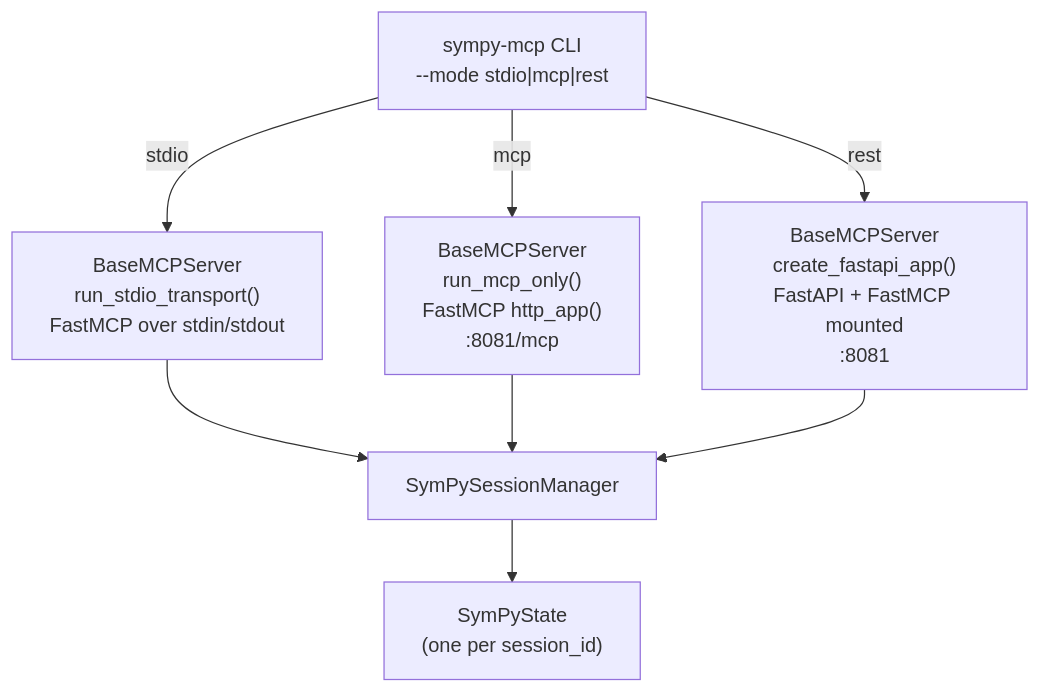
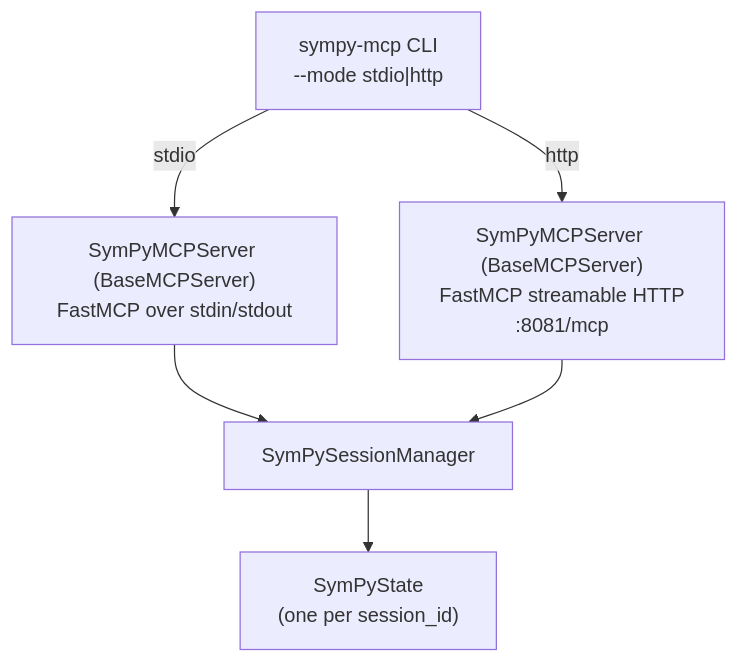
The first of 6 diagrams in docs/architecture.md (geosp/sympy-mcp), drawn with Mermaid before and after one commit. The commit also changed other lines of this file and 40 other files, not shown here.

First line of the commit message:
Migrate to mcp-service-kit and drop the REST API

````diff
--- a/docs/architecture.md
+++ b/docs/architecture.md
@@ -13,14 +13,12 @@
 ```mermaid
 flowchart TD
-    CLI["sympy-mcp CLI\n--mode stdio|mcp|rest"]
+    CLI["sympy-mcp CLI\n--mode stdio|http"]
 
-    CLI -->|"stdio"| STDIO["BaseMCPServer\nrun_stdio_transport()\nFastMCP over stdin/stdout"]
-    CLI -->|"mcp"| MCP["BaseMCPServer\nrun_mcp_only()\nFastMCP http_app()\n:8081/mcp"]
-    CLI -->|"rest"| REST["BaseMCPServer\ncreate_fastapi_app()\nFastAPI + FastMCP mounted\n:8081"]
+    CLI -->|"stdio"| STDIO["SymPyMCPServer (BaseMCPServer)\nFastMCP over stdin/stdout"]
+    CLI -->|"http"| HTTP["SymPyMCPServer (BaseMCPServer)\nFastMCP streamable HTTP\n:8081/mcp"]
 
     STDIO --> SM["SymPySessionManager"]
-    MCP --> SM
-    REST --> SM
+    HTTP --> SM
 
     SM --> STATE["SymPyState\n(one per session_id)"]
 ```
````
